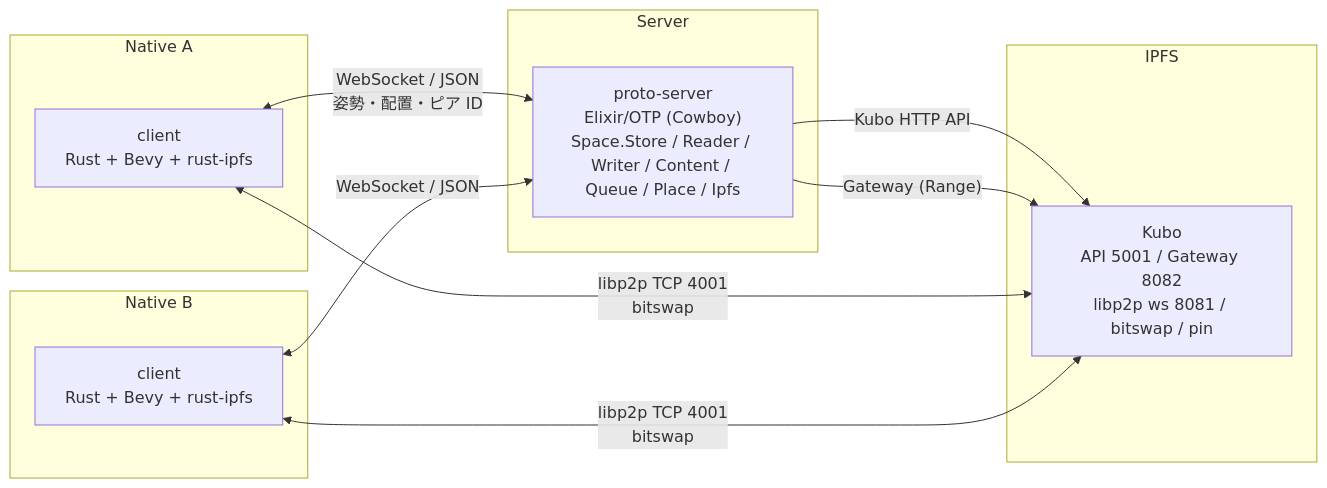
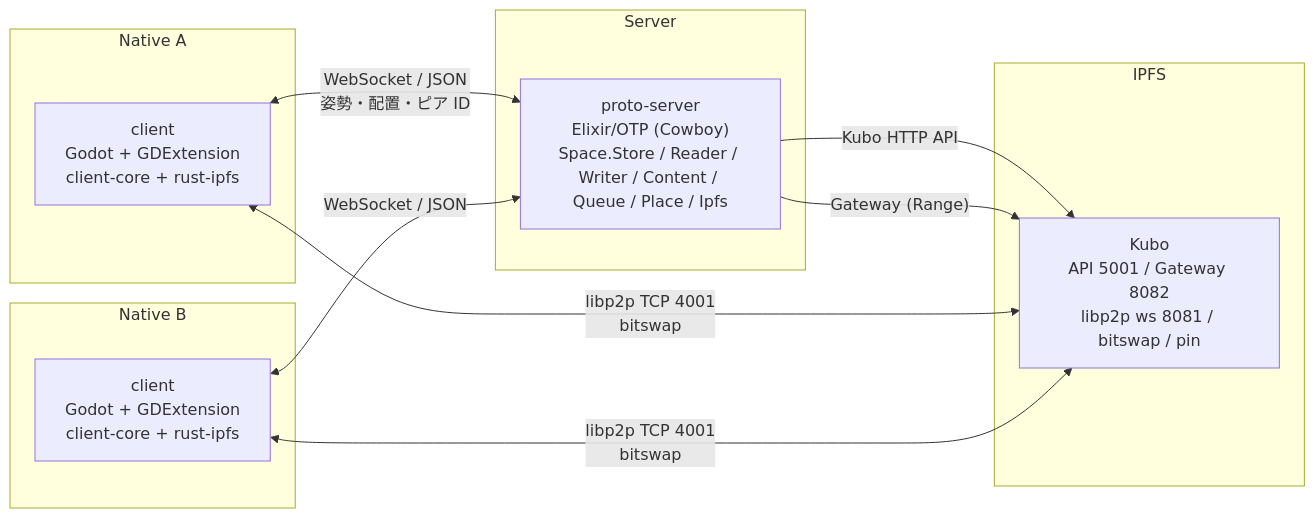
Before and after one commit to katteni-kaihatu/nemvr-prototype: the diagram in docs/architecture.md, drawn with Mermaid. The commit also changed other lines of this file and 169 other files, not shown here.

First line of the commit message:
Add a Godot client and share the native core

````diff
--- a/docs/architecture.md
+++ b/docs/architecture.md
@@ -52,22 +54,22 @@
 ```mermaid
 graph LR
     subgraph Native A
-        CA[client<br/>Rust + Bevy + rust-ipfs]
+        CA[client<br/>Godot + GDExtension<br/>client-core + rust-ipfs]
     end
     subgraph Native B
-        CB[client<br/>Rust + Bevy + rust-ipfs]
+        CB[client<br/>Godot + GDExtension<br/>client-core + rust-ipfs]
     end
     subgraph Server
         S["proto-server<br/>Elixir/OTP (Cowboy)<br/>Space.Store / Reader / Writer / Content / Queue / Place / Ipfs"]
     end
     subgraph IPFS
         K["Kubo<br/>API 5001 / Gateway 8082<br/>libp2p ws 8081 / bitswap / pin"]
     end
 
     CA <-->|WebSocket / JSON<br/>姿勢・配置・ピア ID| S
     CB <-->|WebSocket / JSON| S
     S -->|"Kubo HTTP API"| K
     S -->|"Gateway (Range)"| K
     CA <-->|"libp2p TCP 4001<br/>bitswap"| K
     CB <-->|"libp2p TCP 4001<br/>bitswap"| K
 ```
````
